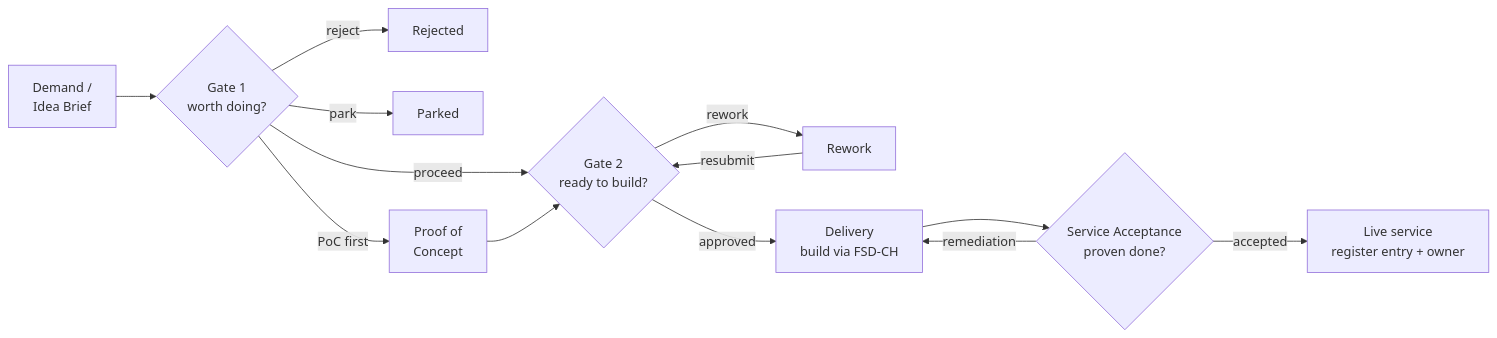
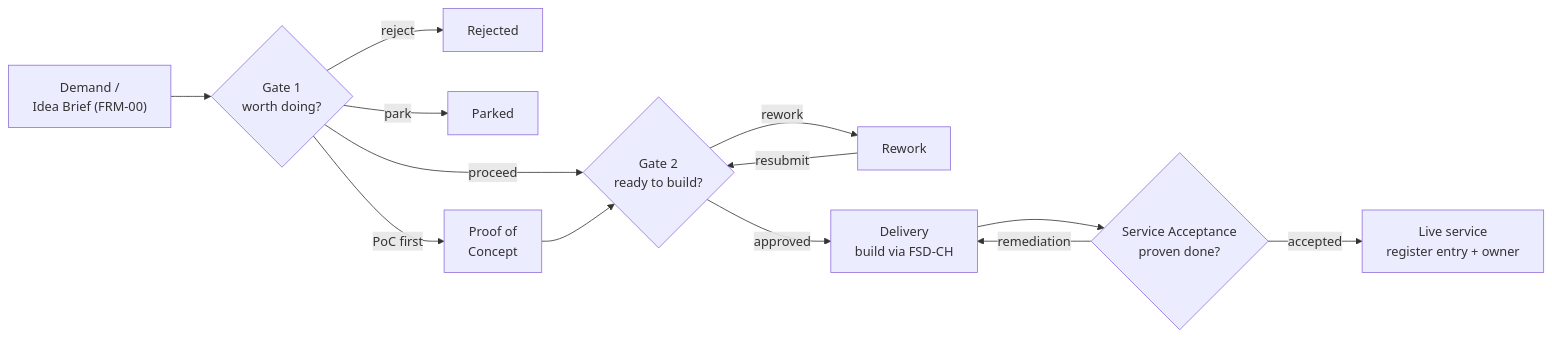
Before and after one commit to tfindley/keystone: the diagram in capabilities/solution-development/FSD-PRO — Solution Development Process.md, drawn with Mermaid. The commit also changed other lines of this file and 21 other files, not shown here.

````diff
--- a/capabilities/solution-development/FSD-PRO — Solution Development Process.md
+++ b/capabilities/solution-development/FSD-PRO — Solution Development Process.md
@@ -88,15 +90,15 @@
 ```mermaid
 flowchart LR
-    Demand["Demand /<br/>Idea Brief"] --> G1{"Gate 1<br/>worth doing?"}
+    Demand["Demand /<br/>Idea Brief (FRM-00)"] --> G1{"Gate 1<br/>worth doing?"}
     G1 -->|reject| Rej["Rejected"]
     G1 -->|park| Park["Parked"]
     G1 -->|PoC first| PoC["Proof of<br/>Concept"]
     G1 -->|proceed| G2{"Gate 2<br/>ready to build?"}
     Rework -->|resubmit| G2
     PoC --> G2
     G2 -->|rework| Rework
     G2 -->|approved| Del["Delivery<br/>build via FSD-CH"]
     Del --> SA{"Service Acceptance<br/>proven done?"}
     SA -->|remediation| Del
     SA -->|accepted| Live["Live service<br/>register entry + owner"]
 ```
````
